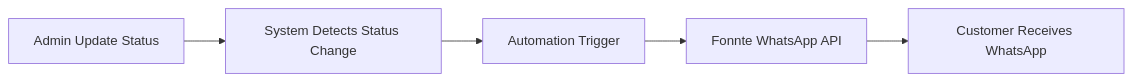
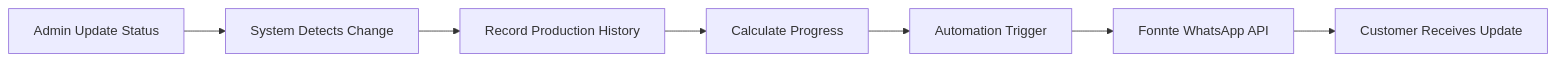
Before and after one commit to ersetdigital-sudo/tntsport: the first of 2 diagrams in README.md, drawn with Mermaid. The commit also changed other lines of this file, not shown here.

````diff
--- a/README.md
+++ b/README.md
@@ -138,7 +295,9 @@
 ```mermaid
 flowchart LR
-    A[Admin Update Status] --> B[System Detects Status Change]
-    B --> C[Automation Trigger]
-    C --> D[Fonnte WhatsApp API]
-    D --> E[Customer Receives WhatsApp]
+    A[Admin Update Status] --> B[System Detects Change]
+    B --> C[Record Production History]
+    C --> D[Calculate Progress]
+    D --> E[Automation Trigger]
+    E --> F[Fonnte WhatsApp API]
+    F --> G[Customer Receives Update]
 ```
````
